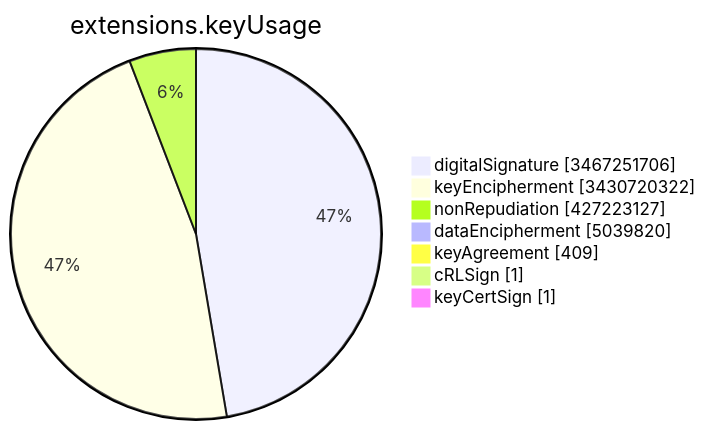
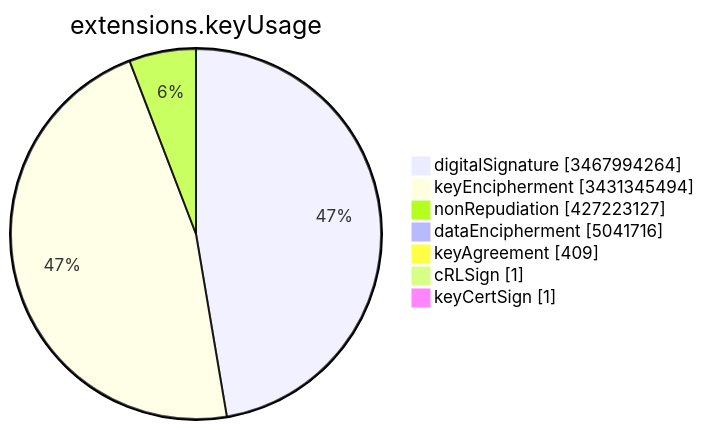
One commit to christiankrug/ctmonitor_visualization changed the sixth of 15 diagrams in TOTAL/README.md. Above: the diagram before and after it, drawn with Mermaid. The commit also changed other lines of this file, not shown here.

````diff
--- a/TOTAL/README.md
+++ b/TOTAL/README.md
@@ -3082,11 +3082,11 @@
 ```mermaid
 pie showData
 title extensions.keyUsage
-"digitalSignature" :3467251706
-"keyEncipherment" :3430720322
+"digitalSignature" :3467994264
+"keyEncipherment" :3431345494
 "nonRepudiation" :427223127
-"dataEncipherment" :5039820
+"dataEncipherment" :5041716
 "keyAgreement" :409
 "cRLSign" :1
 "keyCertSign" :1
 ```
````
